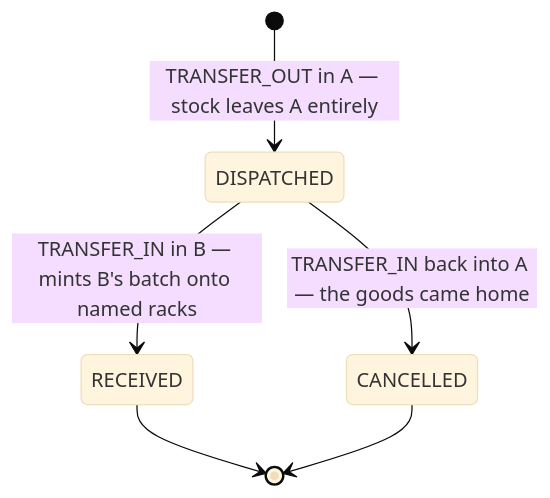
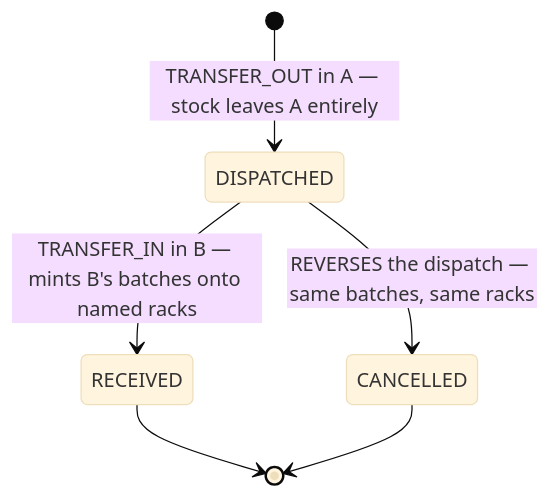
Before and after one commit to pdcgo/warehouse_revamp: diagram 22 of 42 in disscuss/architecture/stock_movement_log.md, drawn with Mermaid (base theme). The commit also changed other lines of this file and 28 other files, not shown here.

````diff
--- a/disscuss/architecture/stock_movement_log.md
+++ b/disscuss/architecture/stock_movement_log.md
@@ -1222,8 +1332,8 @@
 ```mermaid
 stateDiagram-v2
     [*] --> DISPATCHED: TRANSFER_OUT in A — stock leaves A entirely
-    DISPATCHED --> RECEIVED: TRANSFER_IN in B — mints B's batch onto named racks
-    DISPATCHED --> CANCELLED: TRANSFER_IN back into A — the goods came home
+    DISPATCHED --> RECEIVED: TRANSFER_IN in B — mints B's batches onto named racks
+    DISPATCHED --> CANCELLED: REVERSES the dispatch — same batches, same racks
     RECEIVED --> [*]
     CANCELLED --> [*]
 ```
````
